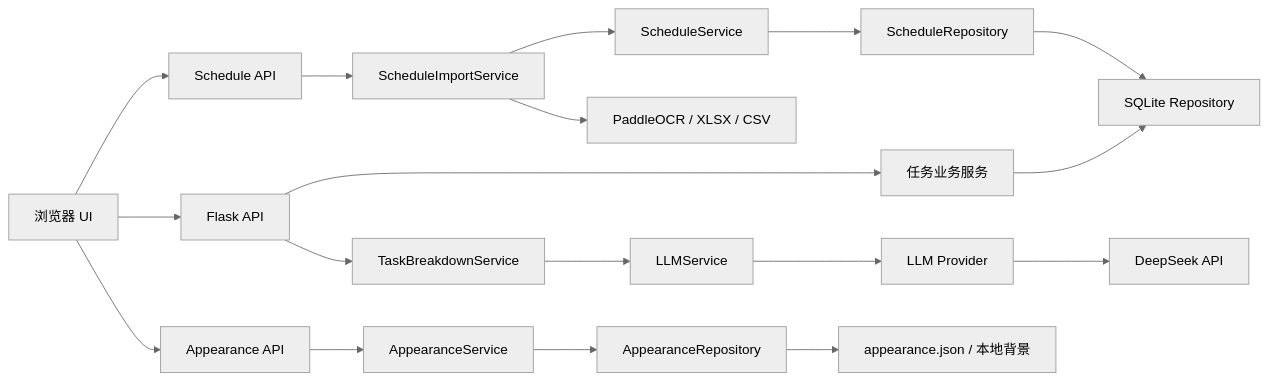
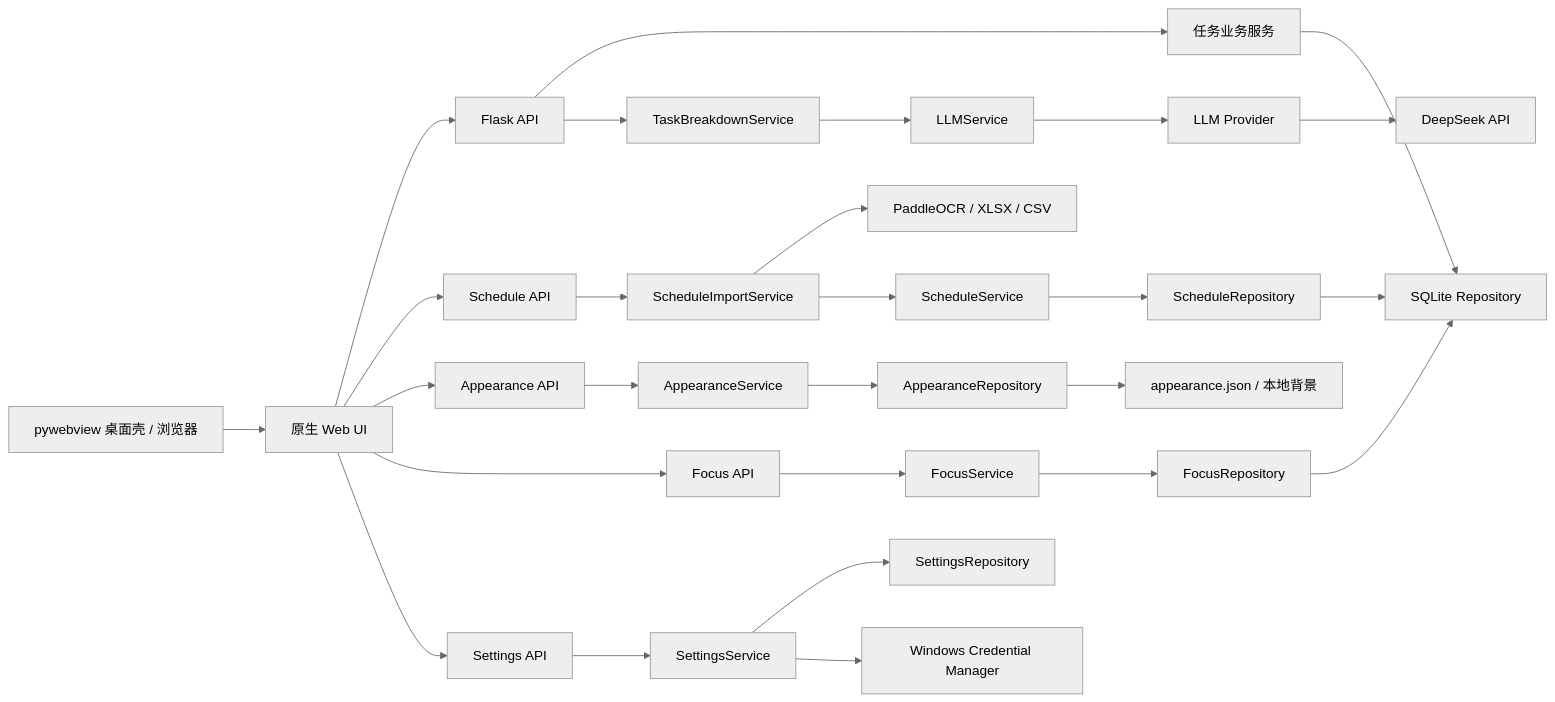
Before and after one commit to coronaBorealis/Yantu: the first of 5 diagrams in docs/architecture.md, drawn with Mermaid (neutral theme). The commit also changed other lines of this file and 41 other files, not shown here.

Commit message:
feat: ship v0.2.1 focus workspace and Windows installer

````diff
--- a/docs/architecture.md
+++ b/docs/architecture.md
@@ -7,20 +7,29 @@
 ```mermaid
 flowchart LR
-    UI["浏览器 UI"] --> API["Flask API"]
+    SHELL["pywebview 桌面壳 / 浏览器"] --> UI["原生 Web UI"]
+    UI --> API["Flask API"]
     API --> TASK["任务业务服务"]
     TASK --> DB["SQLite Repository"]
     API --> BREAKDOWN["TaskBreakdownService"]
     BREAKDOWN --> FACADE["LLMService"]
     FACADE --> PROVIDER["LLM Provider"]
     PROVIDER --> DS["DeepSeek API"]
     UI --> SCHEDULE_API["Schedule API"]
     SCHEDULE_API --> IMPORT["ScheduleImportService"]
     IMPORT --> OCR["PaddleOCR / XLSX / CSV"]
     IMPORT --> SCHEDULE_SERVICE["ScheduleService"]
     SCHEDULE_SERVICE --> SCHEDULE_REPO["ScheduleRepository"]
     SCHEDULE_REPO --> DB
     UI --> APPEARANCE_API["Appearance API"]
     APPEARANCE_API --> APPEARANCE_SERVICE["AppearanceService"]
     APPEARANCE_SERVICE --> APPEARANCE_REPO["AppearanceRepository"]
     APPEARANCE_REPO --> FILES["appearance.json / 本地背景"]
+    UI --> FOCUS_API["Focus API"]
+    FOCUS_API --> FOCUS_SERVICE["FocusService"]
+    FOCUS_SERVICE --> FOCUS_REPO["FocusRepository"]
+    FOCUS_REPO --> DB
+    UI --> SETTINGS_API["Settings API"]
+    SETTINGS_API --> SETTINGS_SERVICE["SettingsService"]
+    SETTINGS_SERVICE --> SETTINGS_REPO["SettingsRepository"]
+    SETTINGS_SERVICE --> VAULT["Windows Credential Manager"]
 ```
````
